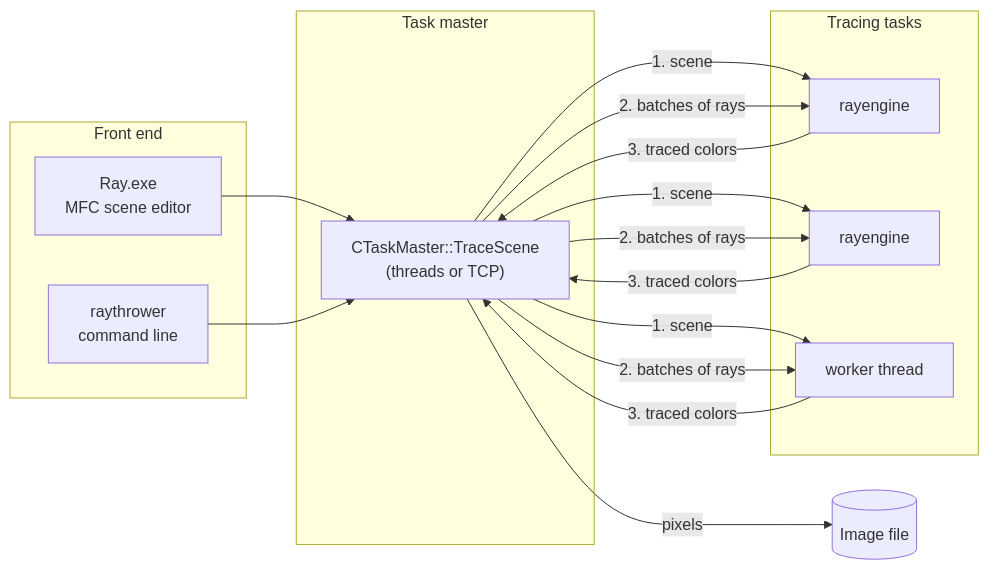
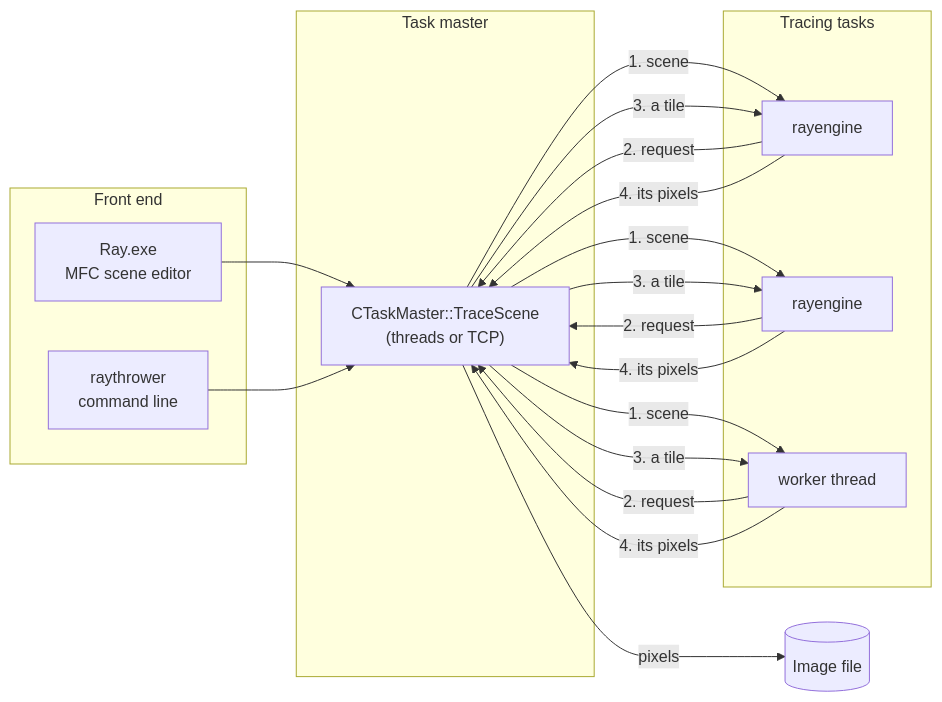
Before and after one commit to jnaujok/Ray: the diagram in README.md, drawn with Mermaid. The commit also changed other lines of this file and 86 other files, not shown here.

````diff
--- a/README.md
+++ b/README.md
@@ -107,21 +122,22 @@
 ```mermaid
 flowchart LR
     subgraph Front["Front end"]
         UI["Ray.exe<br/>MFC scene editor"]
         CLI["raythrower<br/>command line"]
     end
     subgraph Master["Task master"]
         TM["CTaskMaster::TraceScene<br/>(threads or TCP)"]
     end
     subgraph Tasks["Tracing tasks"]
         E1[rayengine]
         E2[rayengine]
         E3["worker thread"]
     end
     UI --> TM
     CLI --> TM
     TM -- "1. scene" --> E1 & E2 & E3
-    TM -- "2. batches of rays" --> E1 & E2 & E3
-    E1 & E2 & E3 -- "3. traced colors" --> TM
+    E1 & E2 & E3 -- "2. request" --> TM
+    TM -- "3. a tile" --> E1 & E2 & E3
+    E1 & E2 & E3 -- "4. its pixels" --> TM
     TM -- pixels --> IMG[(Image file)]
 ```
````
